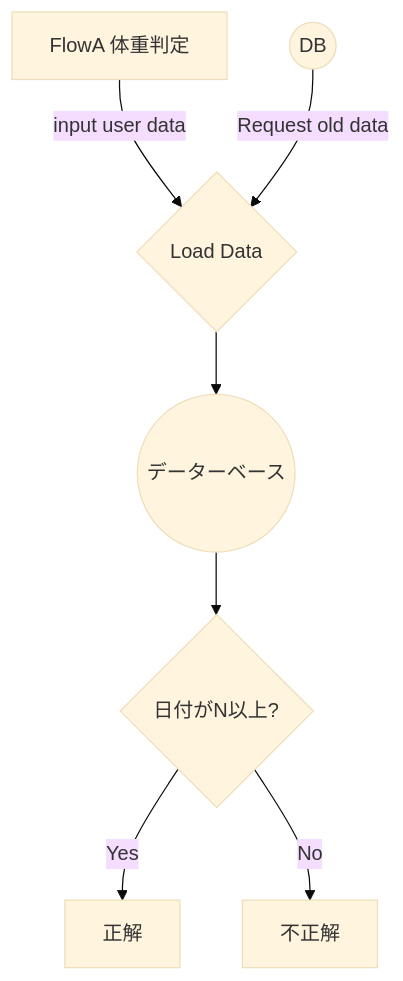
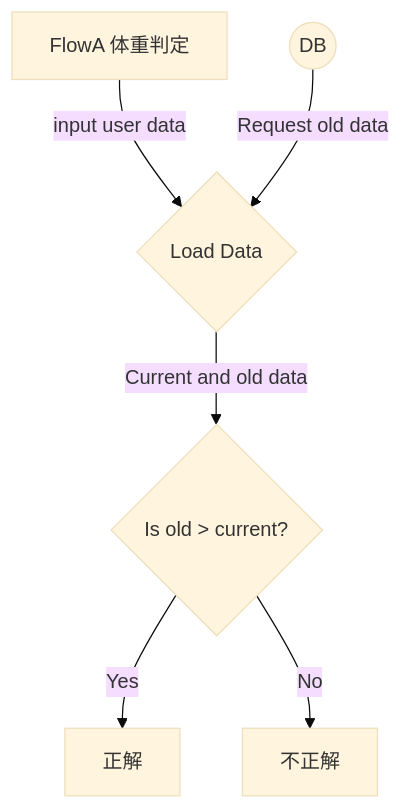
The second of 2 diagrams in flow.md (lamplusoka/train_Muscle), drawn with Mermaid (base theme) before and after one commit. The commit also changed other lines of this file, not shown here.

Commit message:
flow.md updated from https://stackedit.io/

````diff
--- a/flow.md
+++ b/flow.md
@@ -28,10 +28,8 @@
 ```mermaid
 graph TD
 Start[FlowA 体重判定] -- input user data --> LoadData{Load Data}
 DB((DB)) -- Request old data --> LoadData
-LoadData --> DB2
-DB2((データーベース))
-DB2 --> IF1{日付がN以上?}
+LoadData -- Current and old data --> IF1{Is old > current?}
 IF1-- Yes --> OK[正解]
 IF1-- No --> NG[不正解]
 ```
````
